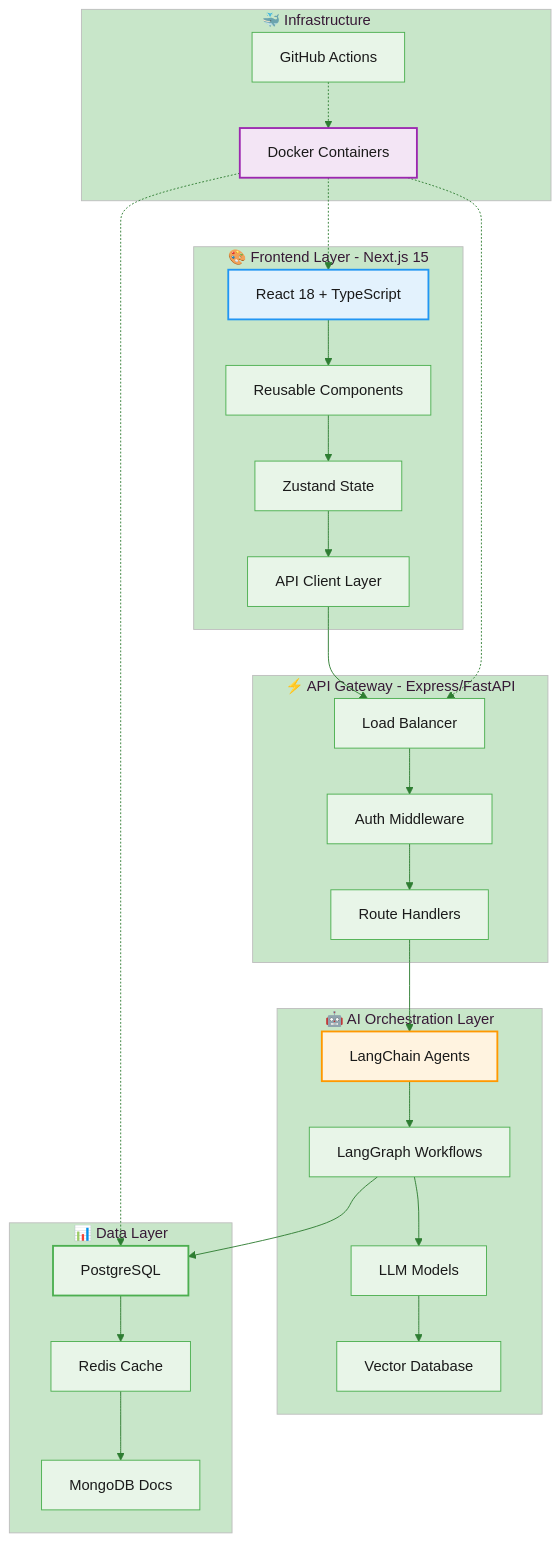
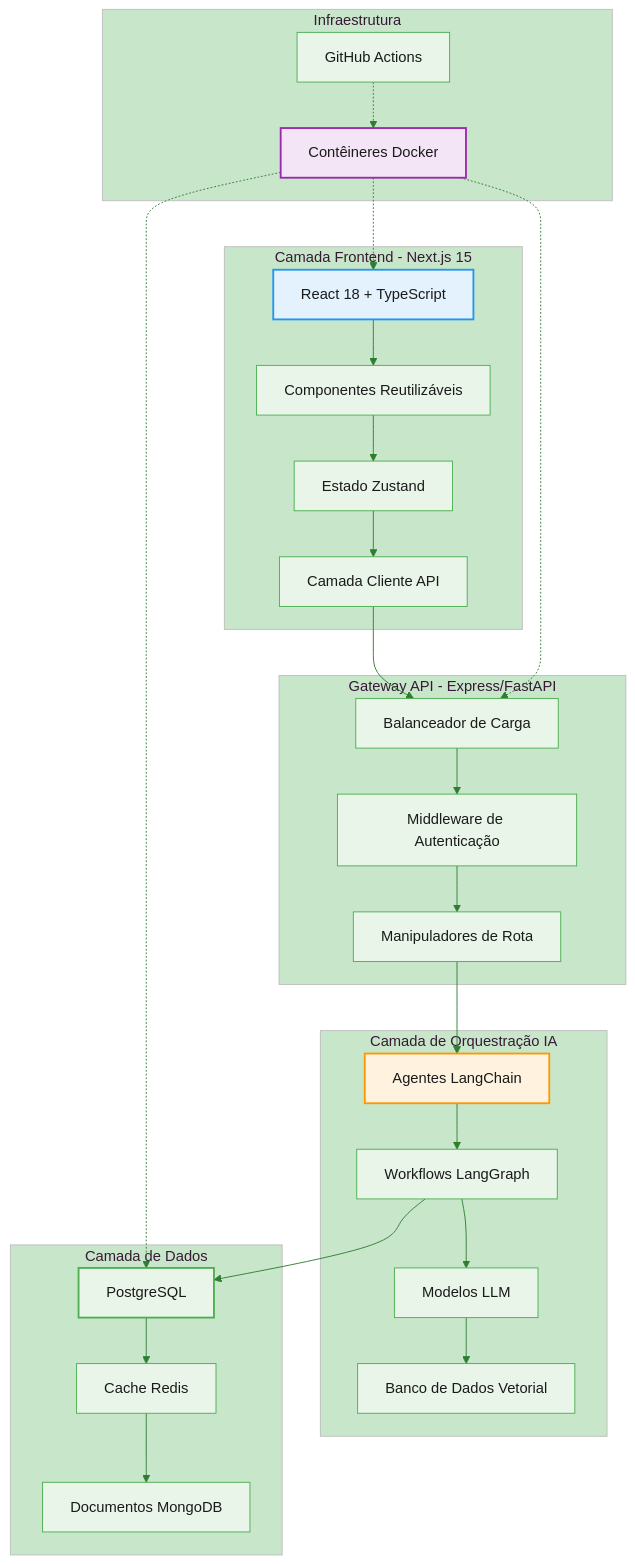
Diagram 12 of 20 in README.md (solanisdev/solar), drawn with Mermaid before and after one commit. The commit also changed other lines of this file, not shown here.

````diff
--- a/README.md
+++ b/README.md
@@ -442,40 +422,40 @@
 ```mermaid
 %%{init: {'theme':'base', 'themeVariables': {'primaryColor':'#E8F5E8','primaryTextColor':'#1a1a1a','primaryBorderColor':'#4CAF50','lineColor':'#2E7D32','secondaryColor':'#A5D6A7','tertiaryColor':'#C8E6C9'}}}%%
 graph TB
-    subgraph "🎨 Frontend Layer - Next.js 15"
-        UI[React 18 + TypeScript] --> COMP[Reusable Components]
-        COMP --> STATE[Zustand State]
-        STATE --> API_CLIENT[API Client Layer]
+    subgraph "Camada Frontend - Next.js 15"
+        UI[React 18 + TypeScript] --> COMP[Componentes Reutilizáveis]
+        COMP --> STATE[Estado Zustand]
+        STATE --> API_CLIENT[Camada Cliente API]
     end
     
-    subgraph "⚡ API Gateway - Express/FastAPI"
-        API_CLIENT --> GATEWAY[Load Balancer]
-        GATEWAY --> AUTH[Auth Middleware]
-        AUTH --> ROUTES[Route Handlers]
+    subgraph "Gateway API - Express/FastAPI"
+        API_CLIENT --> GATEWAY[Balanceador de Carga]
+        GATEWAY --> AUTH[Middleware de Autenticação]
+        AUTH --> ROUTES[Manipuladores de Rota]
     end
     
-    subgraph "🤖 AI Orchestration Layer"
-        ROUTES --> LANGCHAIN[LangChain Agents]
-        LANGCHAIN --> LANGGRAPH[LangGraph Workflows]
-        LANGGRAPH --> MODELS[LLM Models]
-        MODELS --> VECTOR[Vector Database]
+    subgraph "Camada de Orquestração IA"
+        ROUTES --> LANGCHAIN[Agentes LangChain]
+        LANGCHAIN --> LANGGRAPH[Workflows LangGraph]
+        LANGGRAPH --> MODELS[Modelos LLM]
+        MODELS --> VECTOR[Banco de Dados Vetorial]
     end
     
-    subgraph "📊 Data Layer"
+    subgraph "Camada de Dados"
         LANGGRAPH --> POSTGRES[PostgreSQL]
-        POSTGRES --> REDIS[Redis Cache]
-        REDIS --> MONGO[MongoDB Docs]
+        POSTGRES --> REDIS[Cache Redis]
+        REDIS --> MONGO[Documentos MongoDB]
     end
     
-    subgraph "🐳 Infrastructure"
-        DOCKER[Docker Containers] -.-> UI
+    subgraph "Infraestrutura"
+        DOCKER[Contêineres Docker] -.-> UI
         DOCKER -.-> GATEWAY
         DOCKER -.-> POSTGRES
         GITHUB[GitHub Actions] -.-> DOCKER
     end
     
     style UI fill:#E3F2FD,stroke:#2196F3,stroke-width:2px
     style LANGCHAIN fill:#FFF3E0,stroke:#FF9800,stroke-width:2px
     style POSTGRES fill:#E8F5E8,stroke:#4CAF50,stroke-width:2px
     style DOCKER fill:#F3E5F5,stroke:#9C27B0,stroke-width:2px
 ```
````
